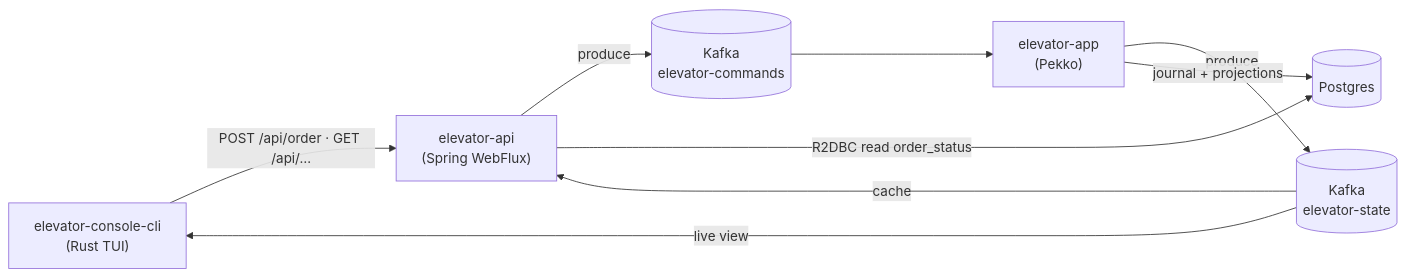
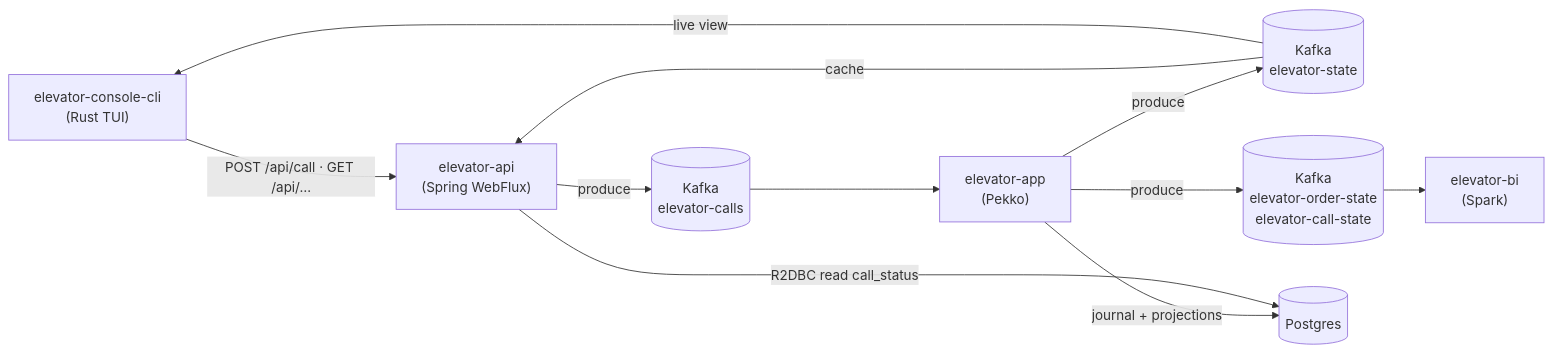
The diagram in docs/architecture.md (TwistedLady/elevator-system), drawn with Mermaid before and after one commit. The commit also changed other lines of this file and 19 other files, not shown here.

First line of the commit message:
Docs + cleanup: refactor docs to Call/Order; drop dead files; fix nested poms

````diff
--- a/docs/architecture.md
+++ b/docs/architecture.md
@@ -23,17 +24,20 @@
 ```mermaid
 flowchart LR
   console["elevator-console-cli<br/>(Rust TUI)"]
   api["elevator-api<br/>(Spring WebFlux)"]
   app["elevator-app<br/>(Pekko)"]
-  cmd[("Kafka<br/>elevator-commands")]
+  calls[("Kafka<br/>elevator-calls")]
   state[("Kafka<br/>elevator-state")]
+  ostate[("Kafka<br/>elevator-order-state<br/>elevator-call-state")]
+  bi["elevator-bi<br/>(Spark)"]
   pg[("Postgres")]
 
-  console -->|"POST /api/order · GET /api/…"| api
-  api -->|produce| cmd --> app
+  console -->|"POST /api/call · GET /api/…"| api
+  api -->|produce| calls --> app
   app -->|produce| state
+  app -->|produce| ostate --> bi
   state -->|cache| api
   state -->|live view| console
   app -->|journal + projections| pg
-  api -->|"R2DBC read order_status"| pg
+  api -->|"R2DBC read call_status"| pg
 ```
````
